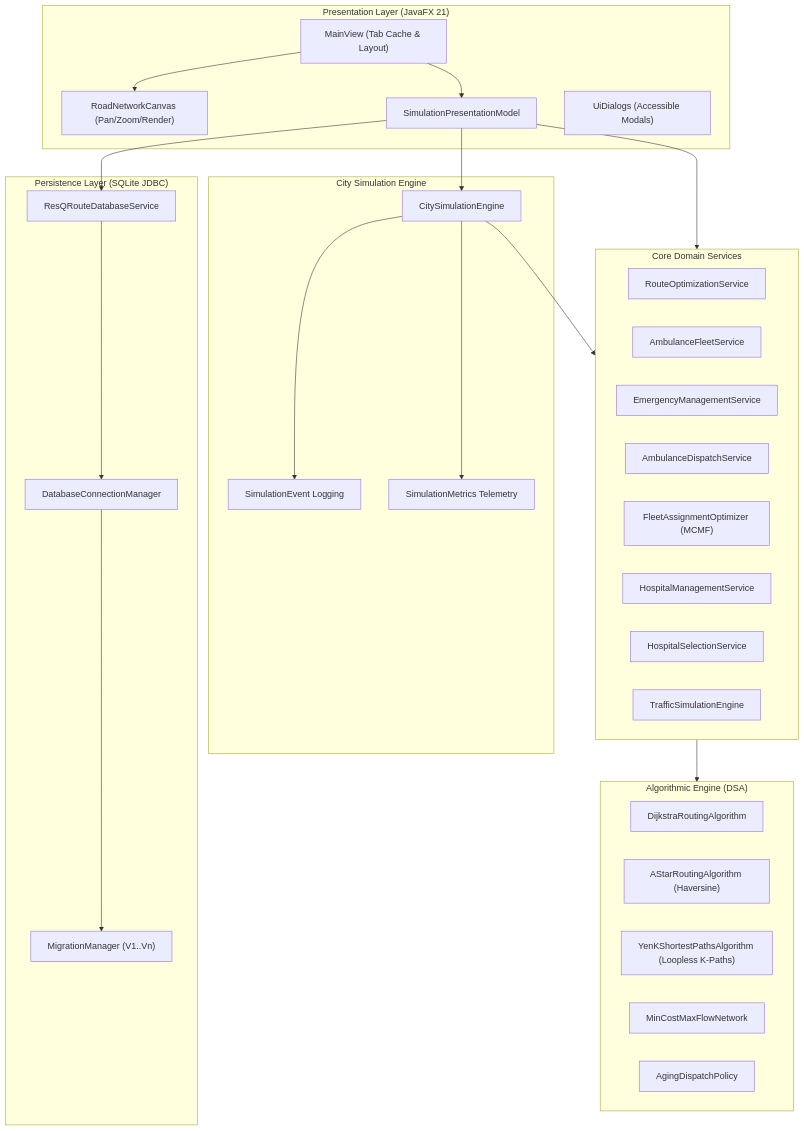
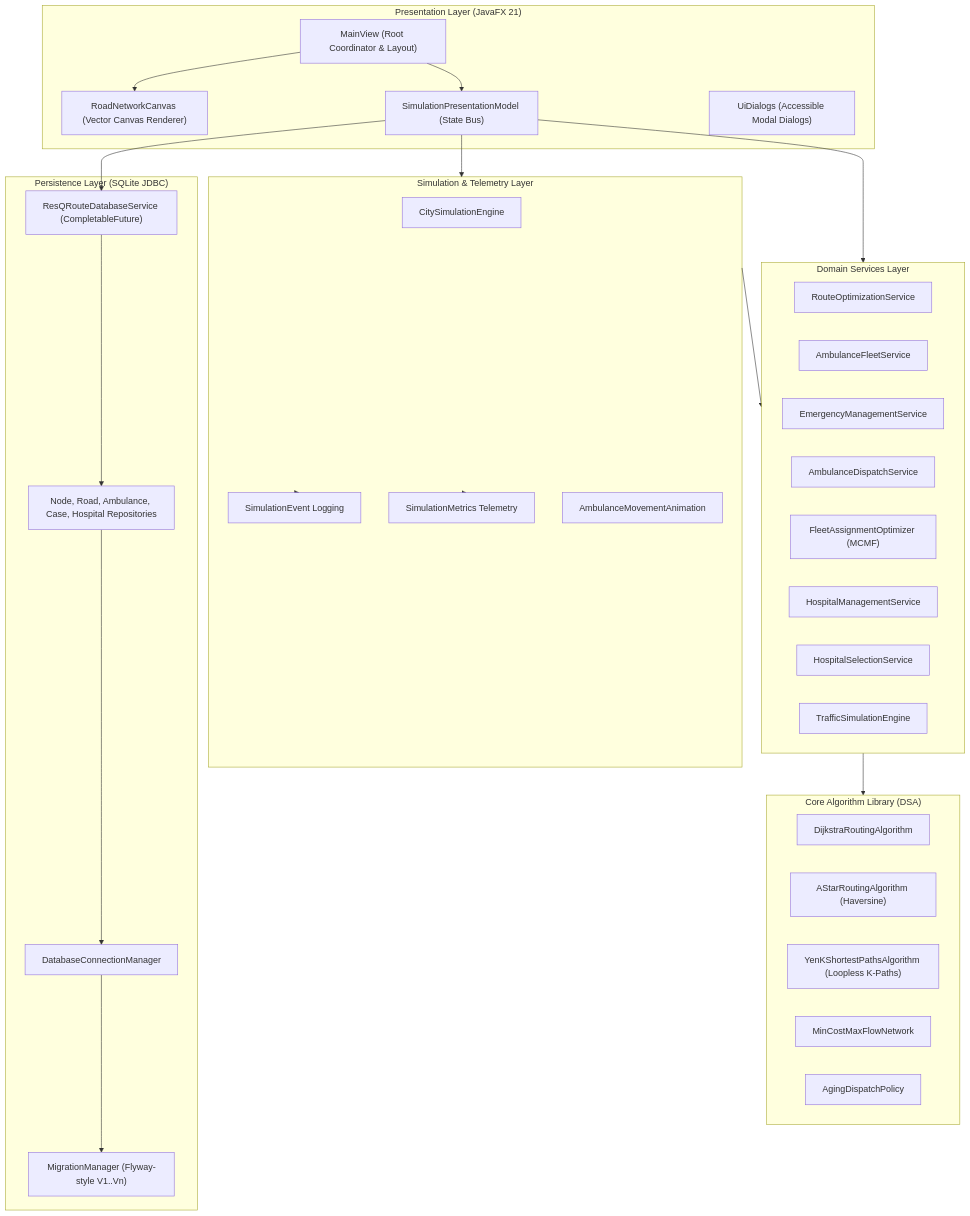
Before and after one commit to Shyaman014/ResQRoute: the second of 2 diagrams in README.md, drawn with Mermaid. The commit also changed other lines of this file and 1 other file, not shown here.

Commit message:
Complete ResQRoute implementation

````diff
--- a/README.md
+++ b/README.md
@@ -73,52 +194,55 @@
 ```mermaid
 graph TD
     subgraph UI ["Presentation Layer (JavaFX 21)"]
-        Main["MainView (Tab Cache & Layout)"]
-        Canvas["RoadNetworkCanvas (Pan/Zoom/Render)"]
-        Pres["SimulationPresentationModel"]
-        Dialogs["UiDialogs (Accessible Modals)"]
+        Main["MainView (Root Coordinator & Layout)"]
+        Canvas["RoadNetworkCanvas (Vector Canvas Renderer)"]
+        Pres["SimulationPresentationModel (State Bus)"]
+        Dialogs["UiDialogs (Accessible Modal Dialogs)"]
     end
 
-    subgraph CoreDomain ["Core Domain Services"]
+    subgraph CoreServices ["Domain Services Layer"]
         Router["RouteOptimizationService"]
         FleetSvc["AmbulanceFleetService"]
         EmergencySvc["EmergencyManagementService"]
         DispatchSvc["AmbulanceDispatchService"]
         FleetOpt["FleetAssignmentOptimizer (MCMF)"]
         HospitalSvc["HospitalManagementService"]
         SelectionSvc["HospitalSelectionService"]
         TrafficSvc["TrafficSimulationEngine"]
     end
 
-    subgraph Algorithms ["Algorithmic Engine (DSA)"]
+    subgraph Algorithms ["Core Algorithm Library (DSA)"]
         Dijkstra["DijkstraRoutingAlgorithm"]
         AStar["AStarRoutingAlgorithm (Haversine)"]
         Yen["YenKShortestPathsAlgorithm (Loopless K-Paths)"]
         MCMF["MinCostMaxFlowNetwork"]
         AgingQueue["AgingDispatchPolicy"]
     end
 
-    subgraph Simulation ["City Simulation Engine"]
-        SimEngine["CitySimulationEngine"]
-        EventBus["SimulationEvent Logging"]
+    subgraph SimulationEngine ["Simulation & Telemetry Layer"]
+        Sim["CitySimulationEngine"]
+        EventLog["SimulationEvent Logging"]
         Metrics["SimulationMetrics Telemetry"]
+        Anim["AmbulanceMovementAnimation"]
     end
 
-    subgraph Persistence ["Persistence Layer (SQLite JDBC)"]
+    subgraph PersistenceLayer ["Persistence Layer (SQLite JDBC)"]
         DB["DatabaseConnectionManager"]
-        Migrations["MigrationManager (V1..Vn)"]
-        AsyncDB["ResQRouteDatabaseService"]
+        Migrations["MigrationManager (Flyway-style V1..Vn)"]
+        AsyncDB["ResQRouteDatabaseService (CompletableFuture)"]
+        Repos["Node, Road, Ambulance, Case, Hospital Repositories"]
     end
 
     Main --> Pres
     Main --> Canvas
-    Pres --> CoreDomain
-    Pres --> SimEngine
-    CoreDomain --> Algorithms
-    SimEngine --> CoreDomain
-    SimEngine --> EventBus
-    SimEngine --> Metrics
+    Pres --> CoreServices
+    Pres --> SimulationEngine
+    CoreServices --> Algorithms
+    SimulationEngine --> CoreServices
+    SimulationEngine --> EventLog
+    SimulationEngine --> Metrics
     Pres --> AsyncDB
-    AsyncDB --> DB
+    AsyncDB --> Repos
+    Repos --> DB
     DB --> Migrations
 ```
````
